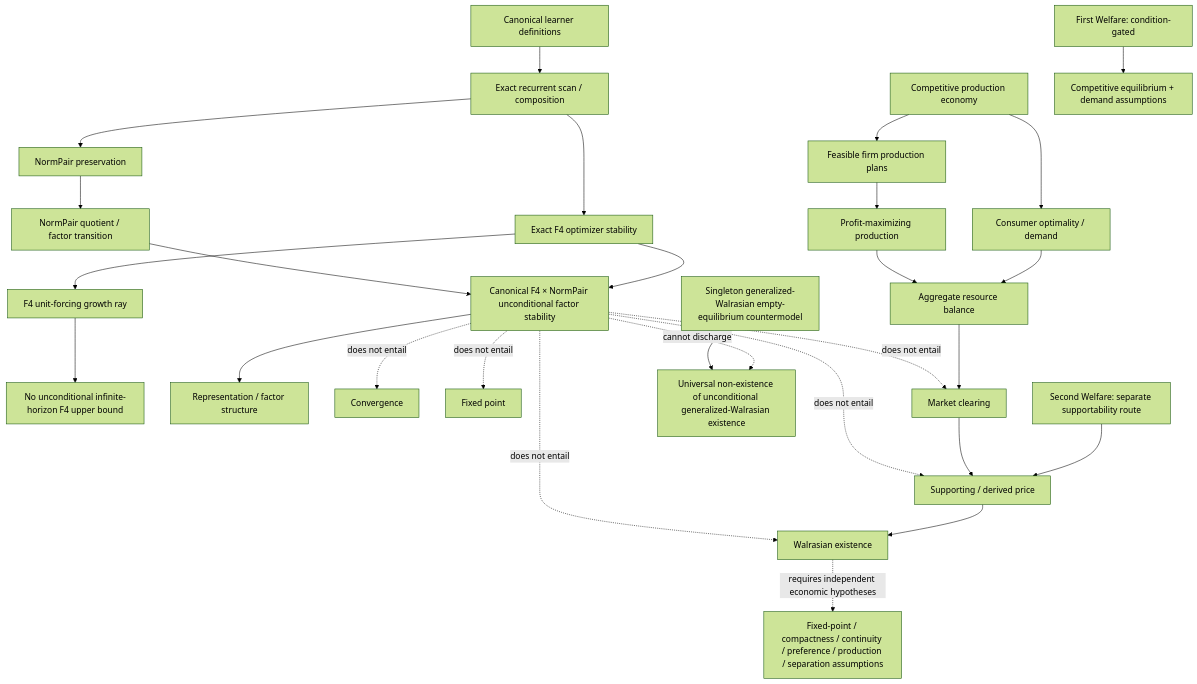
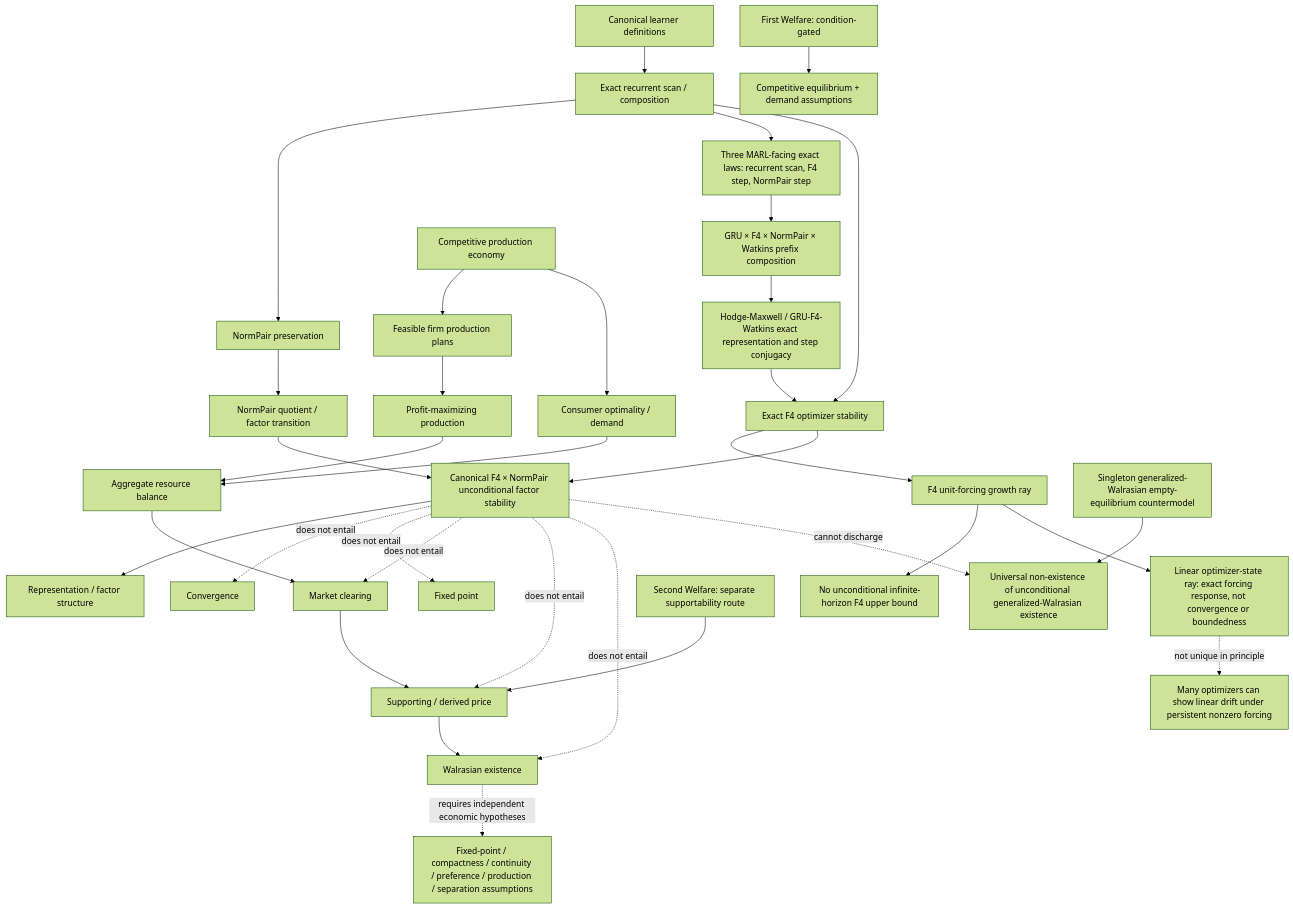
Before and after one commit to JohnChristianD/Actions: the diagram in docs/research/current-semantic-emergence-2026-09-25.mmd, drawn with Mermaid (forest theme).

Commit message:
Extend topology with MARL laws, Hodge-Maxwell composition, and F4 ray semantics

```diff
--- a/docs/research/current-semantic-emergence-2026-09-25.mmd
+++ b/docs/research/current-semantic-emergence-2026-09-25.mmd
@@ -1,33 +1,40 @@
 flowchart TD
   A["Canonical learner definitions"] --> B["Exact recurrent scan / composition"]
   B --> C["NormPair preservation"]
+  B --> ML["Three MARL-facing exact laws: recurrent scan, F4 step, NormPair step"]
+  ML --> CP["GRU × F4 × NormPair × Watkins prefix composition"]
+  CP --> HM["Hodge-Maxwell / GRU-F4-Watkins exact representation and step conjugacy"]
   C --> D["NormPair quotient / factor transition"]
   B --> E["Exact F4 optimizer stability"]
   E --> F["F4 unit-forcing growth ray"]
+  HM --> E
   F --> G["No unconditional infinite-horizon F4 upper bound"]
   D --> H["Canonical F4 × NormPair unconditional factor stability"]
   E --> H
 
   H --> I["Representation / factor structure"]
   H -. "does not entail" .-> J["Convergence"]
   H -. "does not entail" .-> K["Fixed point"]
   H -. "does not entail" .-> L["Market clearing"]
   H -. "does not entail" .-> M["Supporting / derived price"]
   H -. "does not entail" .-> N["Walrasian existence"]
 
   O["Competitive production economy"] --> P["Feasible firm production plans"]
   P --> Q["Profit-maximizing production"]
   O --> R["Consumer optimality / demand"]
   Q --> S["Aggregate resource balance"]
   R --> S
   S --> L
   L --> M
   M --> N
 
   N -. "requires independent economic hypotheses" .-> T["Fixed-point / compactness / continuity / preference / production / separation assumptions"]
 
   U["Singleton generalized-Walrasian empty-equilibrium countermodel"] --> V["Universal non-existence of unconditional generalized-Walrasian existence"]
   H -. "cannot discharge" .-> V
 
   W["First Welfare: condition-gated"] --> X["Competitive equilibrium + demand assumptions"]
   Y["Second Welfare: separate supportability route"] --> M
+
+  F --> LR["Linear optimizer-state ray: exact forcing response, not convergence or boundedness"]
+  LR -. "not unique in principle" .-> LU["Many optimizers can show linear drift under persistent nonzero forcing"]
```
